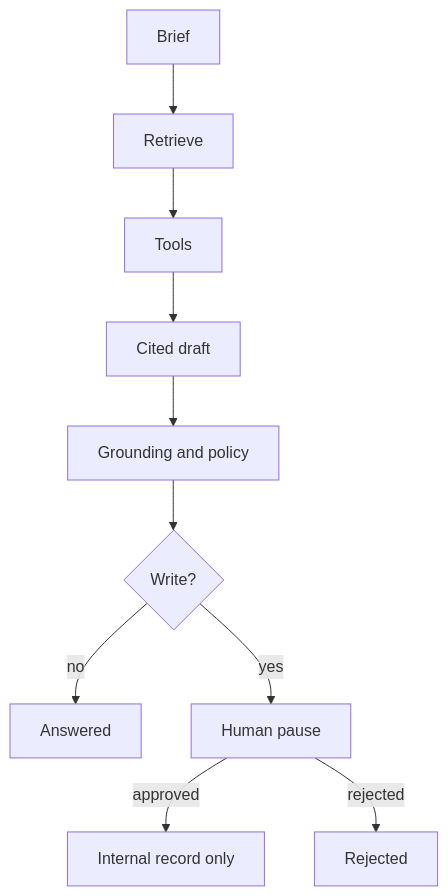
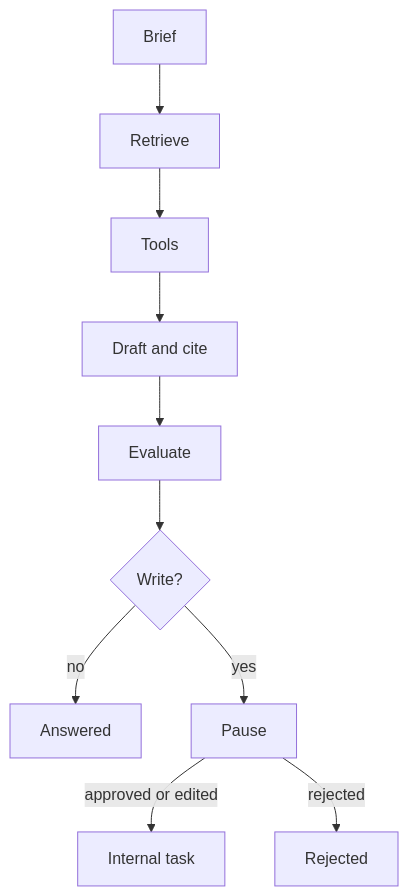
Before and after one commit to moisestech/agentic-ops: the diagram in README.md, drawn with Mermaid. The commit also changed other lines of this file and 52 other files, not shown here.

````diff
--- a/README.md
+++ b/README.md
@@ -45,12 +53,12 @@
 ```mermaid
 flowchart TD
   A[Brief] --> B[Retrieve]
   B --> T[Tools]
-  T --> C[Cited draft]
-  C --> D[Grounding and policy]
+  T --> C[Draft and cite]
+  C --> D[Evaluate]
   D --> E{Write?}
   E -->|no| F[Answered]
-  E -->|yes| G[Human pause]
-  G -->|approved| H[Internal record only]
+  E -->|yes| G[Pause]
+  G -->|approved or edited| H[Internal task]
   G -->|rejected| I[Rejected]
 ```
````
